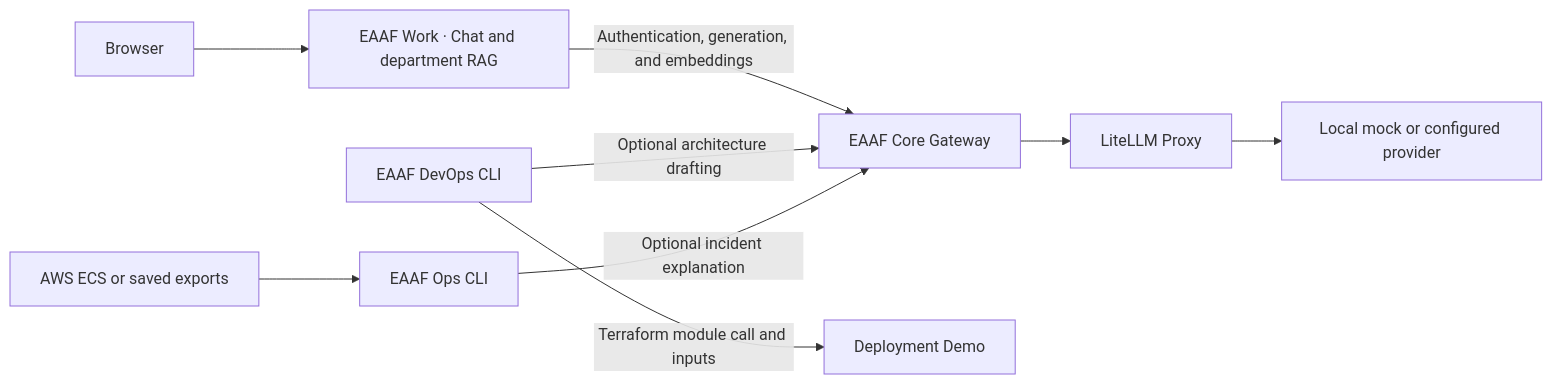
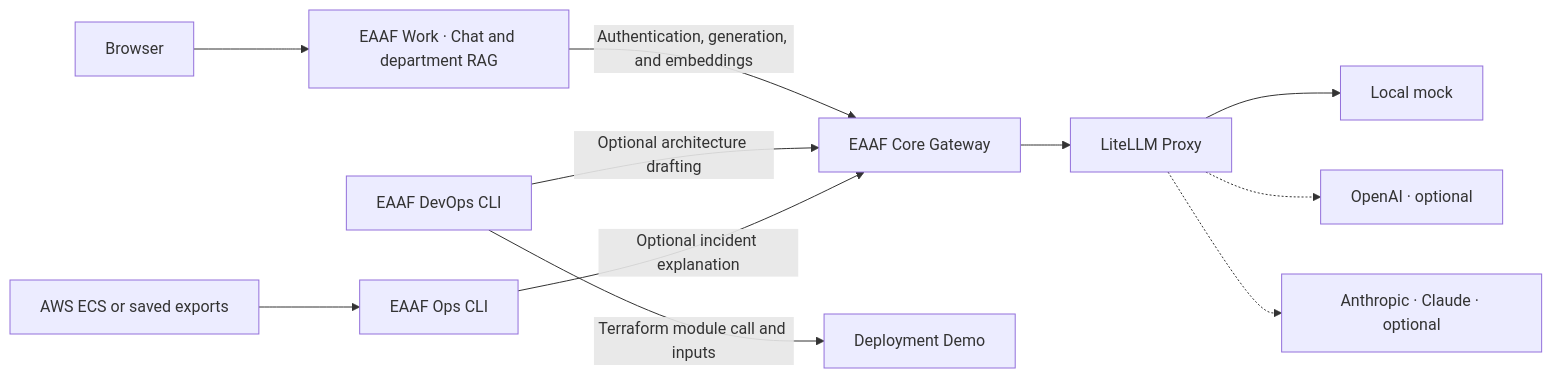
One commit to tandrian06/eaaf-project changed the diagram in README.md. Above: the diagram before and after it, drawn with Mermaid. The commit also changed other lines of this file, not shown here.

Commit message:
Show OpenAI and Claude in the EAAF project diagram

````diff
--- a/README.md
+++ b/README.md
@@ -33,11 +33,13 @@
 ```mermaid
 flowchart LR
     User["Browser"] --> Work["EAAF Work · Chat and department RAG"]
     Work -->|"Authentication, generation, and embeddings"| Core["EAAF Core Gateway"]
     DevOps["EAAF DevOps CLI"] -->|"Optional architecture drafting"| Core
     ECS["AWS ECS or saved exports"] --> Ops["EAAF Ops CLI"]
     Ops -->|"Optional incident explanation"| Core
     Core --> LiteLLM["LiteLLM Proxy"]
-    LiteLLM --> Model["Local mock or configured provider"]
+    LiteLLM --> Mock["Local mock"]
+    LiteLLM -.-> OpenAI["OpenAI · optional"]
+    LiteLLM -.-> Claude["Anthropic · Claude · optional"]
     DevOps -->|"Terraform module call and inputs"| Demo["Deployment Demo"]
 ```
````
